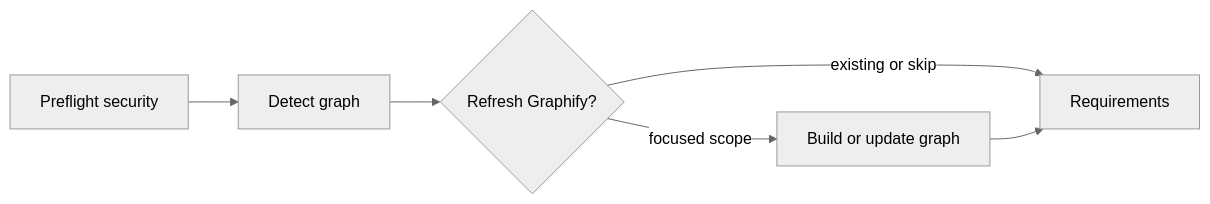
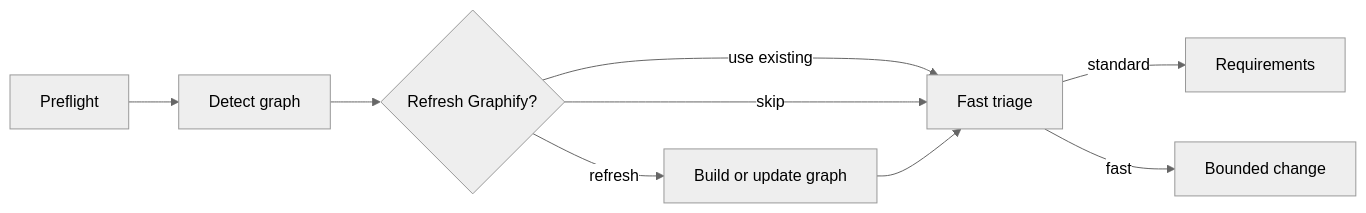
One commit to cdespona/conductor-layered-tdd changed the third of 18 diagrams in docs/operator-guide.md. Above: the diagram before and after it, drawn with Mermaid (neutral theme). The commit also changed other lines of this file and 6 other files, not shown here.

Commit message:
fix: run preflight before graphify and fast triage

````diff
--- a/docs/operator-guide.md
+++ b/docs/operator-guide.md
@@ -180,8 +181,11 @@
 ```mermaid
 flowchart LR
-    Security["Preflight security"] --> Status["Detect graph"]
+    Preflight["Preflight"] --> Status["Detect graph"]
     Status --> Gate{"Refresh Graphify?"}
-    Gate -->|"focused scope"| Refresh["Build or update graph"]
-    Gate -->|"existing or skip"| Requirements["Requirements"]
-    Refresh --> Requirements
+    Gate -->|"use existing"| Triage["Fast triage"]
+    Gate -->|"skip"| Triage
+    Triage -->|"standard"| Requirements["Requirements"]
+    Triage -->|"fast"| Fast["Bounded change"]
+    Gate -->|"refresh"| Refresh["Build or update graph"]
+    Refresh --> Triage
 ```
````
